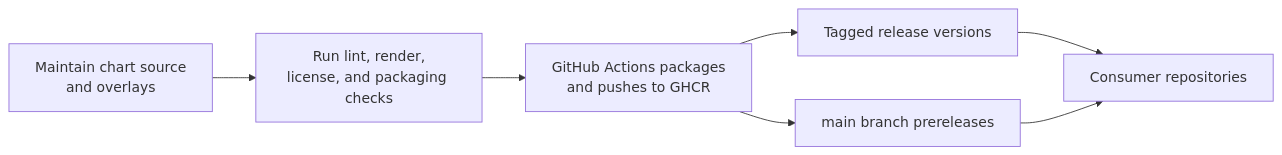
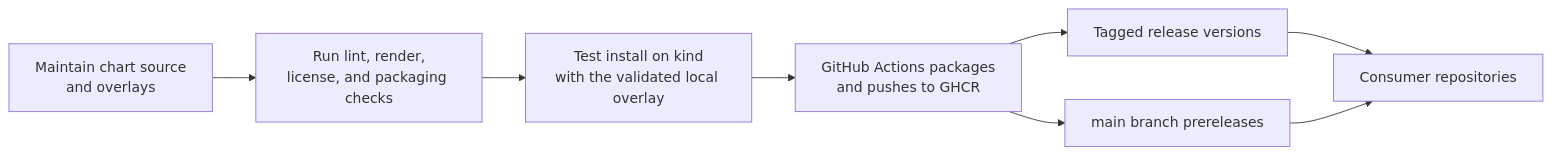
Before and after one commit to sanger-pathogens/dlh-in-a-box-umbrella-helm-chart: the third of 3 diagrams in README.md, drawn with Mermaid. The commit also changed other lines of this file and 25 other files, not shown here.

````diff
--- a/README.md
+++ b/README.md
@@ -103,9 +104,10 @@
 ```mermaid
 flowchart LR
   Author[Maintain chart source<br/>and overlays] --> Validate[Run lint, render,<br/>license, and packaging checks]
-  Validate --> Publish[GitHub Actions packages<br/>and pushes to GHCR]
+  Validate --> Smoke[Test install on kind<br/>with the validated local overlay]
+  Smoke --> Publish[GitHub Actions packages<br/>and pushes to GHCR]
   Publish --> Stable[Tagged release versions]
   Publish --> Prerelease[main branch prereleases]
   Stable --> Consumers[Consumer repositories]
   Prerelease --> Consumers
 ```
````
